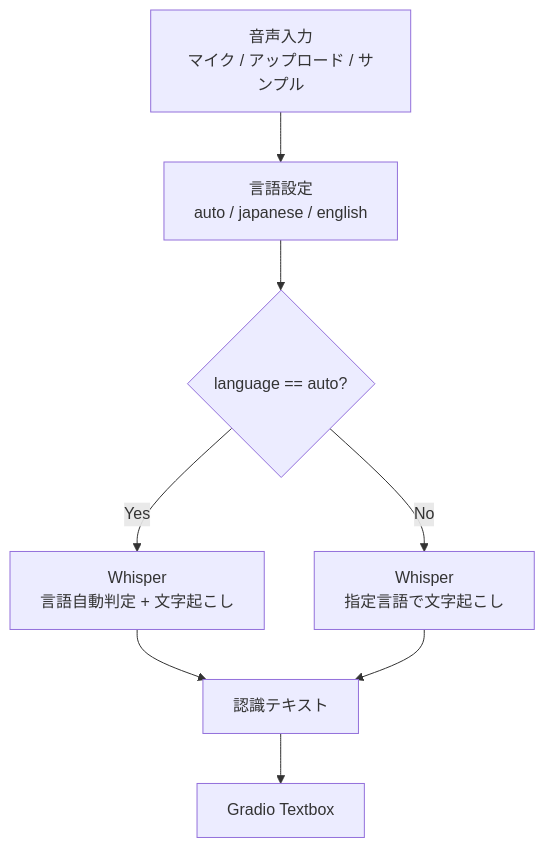
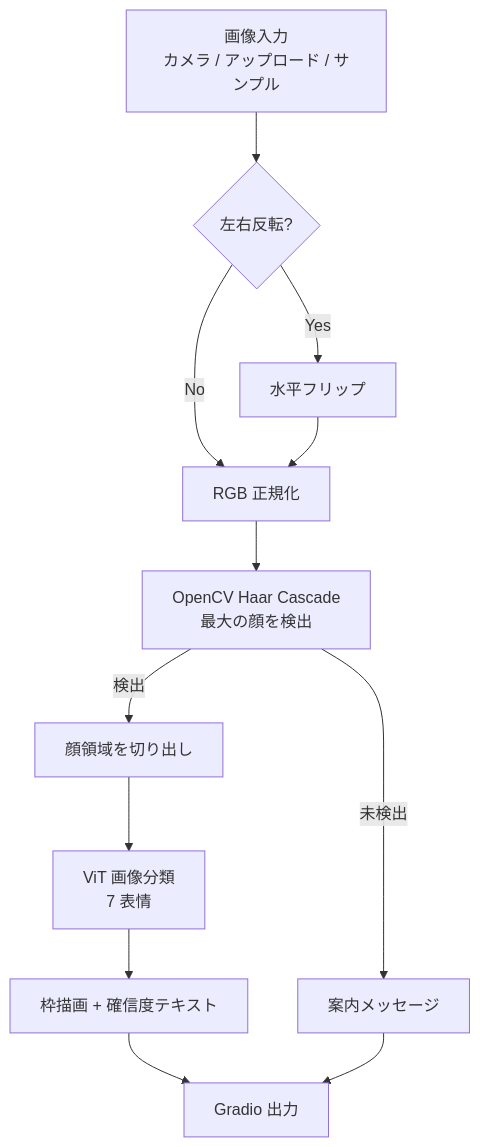
The first of 2 diagrams in document.md (yryo1005/OpenCampus_Demo), drawn with Mermaid before and after one commit. The commit also changed other lines of this file and 3 other files, not shown here.

````diff
--- a/document.md
+++ b/document.md
@@ -32,10 +32,14 @@
 ```mermaid
 flowchart TD
-    A[音声入力<br/>マイク / アップロード / サンプル] --> B[言語設定<br/>auto / japanese / english]
-    B --> C{language == auto?}
-    C -->|Yes| D[Whisper<br/>言語自動判定 + 文字起こし]
-    C -->|No| E[Whisper<br/>指定言語で文字起こし]
-    D --> F[認識テキスト]
-    E --> F
-    F --> G[Gradio Textbox]
+    A[画像入力<br/>カメラ / アップロード / サンプル] --> B{左右反転?}
+    B -->|Yes| C[水平フリップ]
+    B -->|No| D[RGB 正規化]
+    C --> D
+    D --> E[OpenCV Haar Cascade<br/>最大の顔を検出]
+    E -->|未検出| F[案内メッセージ]
+    E -->|検出| G[顔領域を切り出し]
+    G --> H[ViT 画像分類<br/>7 表情]
+    H --> I[枠描画 + 確信度テキスト]
+    I --> J[Gradio 出力]
+    F --> J
 ```
````
